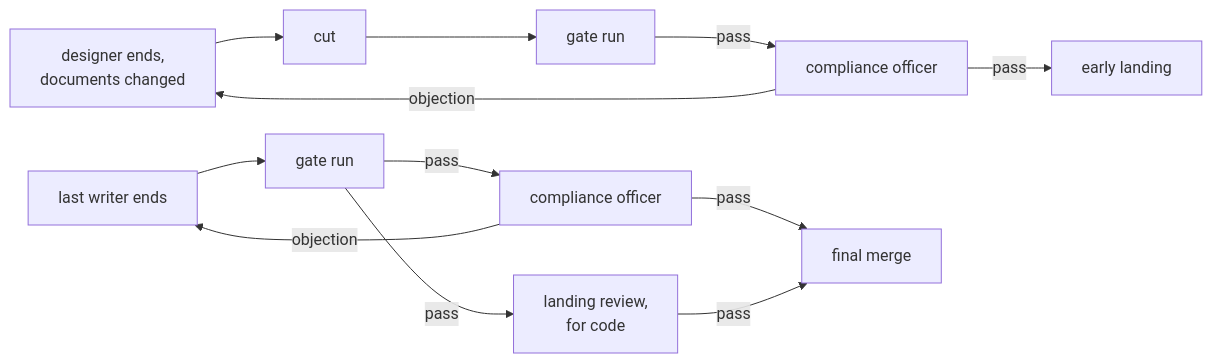
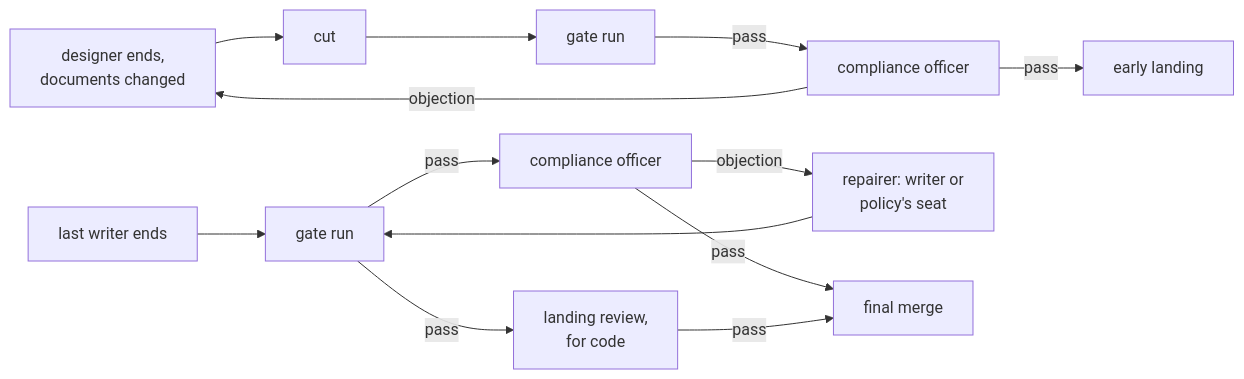
One commit to mschulkind-oss/tillr changed the diagram in docs/design/tillr-design-document-check.md. Above: the diagram before and after it, drawn with Mermaid. The commit also changed other lines of this file, not shown here.

````diff
--- a/docs/design/tillr-design-document-check.md
+++ b/docs/design/tillr-design-document-check.md
@@ -316,14 +316,15 @@
 ```mermaid
 flowchart LR
     D[designer ends,<br/>documents changed] --> C[cut]
     C --> G1[gate run]
     G1 -- pass --> O1[compliance officer]
     O1 -- objection --> D
     O1 -- pass --> L1[early landing]
     W[last writer ends] --> G2[gate run]
     G2 -- pass --> O2[compliance officer]
     G2 -- pass --> R[landing review,<br/>for code]
-    O2 -- objection --> W
+    O2 -- objection --> RP["repairer: writer or<br/>policy's seat"]
+    RP --> G2
     O2 -- pass --> L2[final merge]
     R -- pass --> L2
 ```
````
